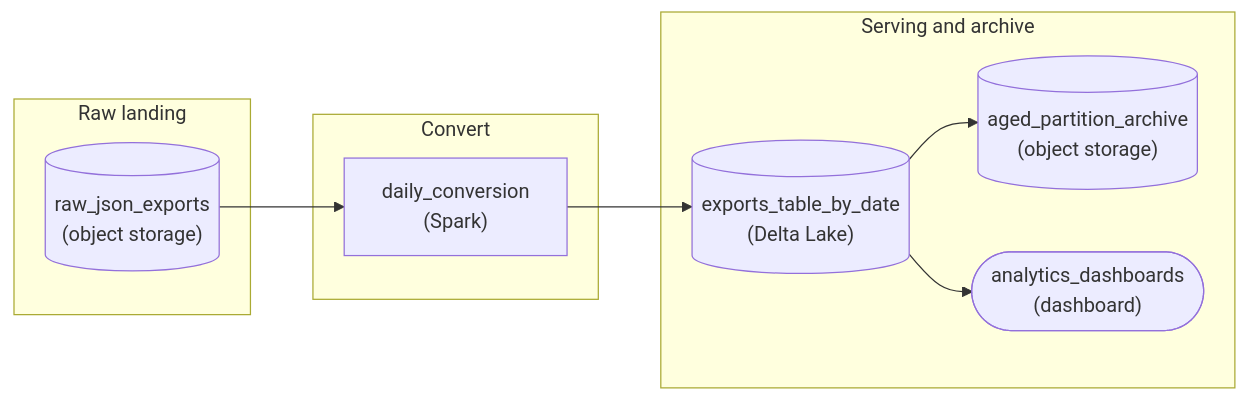
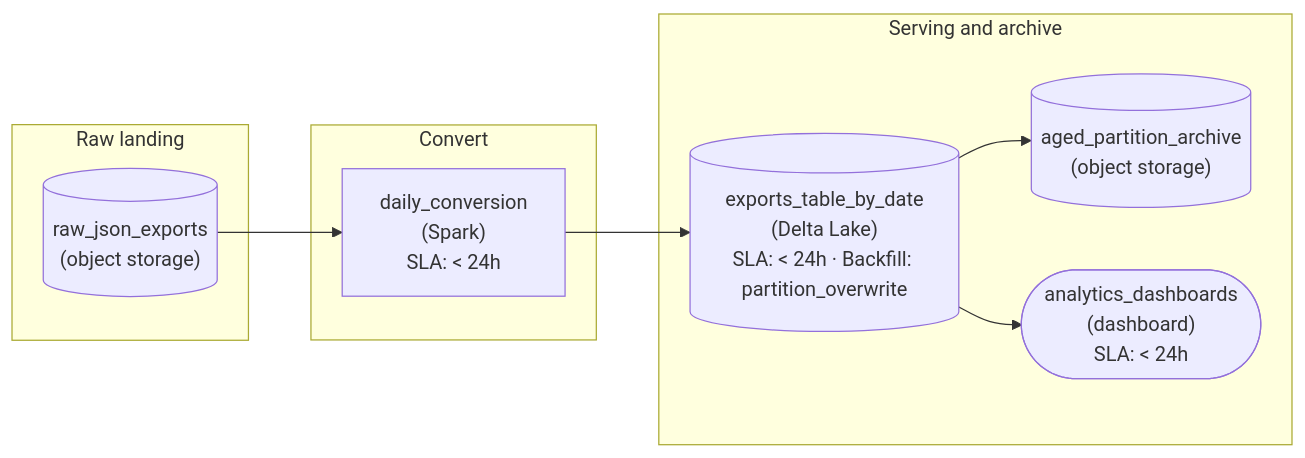
One commit to Dulain-Willis/study-helper changed the second of 2 diagrams in lesson_preview/interview/architecture/pa_pattern_storage_question_intermediate.md. Above: the diagram before and after it, drawn with Mermaid. The commit also changed other lines of this file and 26 other files, not shown here.

First line of the commit message:
Mermaid diagrams: show tags and extra values inside each node (#43)

````diff
--- a/lesson_preview/interview/architecture/pa_pattern_storage_question_intermediate.md
+++ b/lesson_preview/interview/architecture/pa_pattern_storage_question_intermediate.md
@@ -593,18 +593,18 @@
 ```mermaid
 flowchart LR
     subgraph L0["Raw landing"]
         n0[("raw_json_exports<br/>(object storage)")]
     end
     subgraph L1["Convert"]
-        n1["daily_conversion<br/>(Spark)"]
+        n1["daily_conversion<br/>(Spark)<br/>SLA: #60; 24h"]
     end
     subgraph L2["Serving and archive"]
-        n2[("exports_table_by_date<br/>(Delta Lake)")]
+        n2[("exports_table_by_date<br/>(Delta Lake)<br/>SLA: #60; 24h · Backfill: partition_overwrite")]
         n3[("aged_partition_archive<br/>(object storage)")]
-        n4(["analytics_dashboards<br/>(dashboard)"])
+        n4(["analytics_dashboards<br/>(dashboard)<br/>SLA: #60; 24h"])
     end
     n0 --> n1
     n1 --> n2
     n2 --> n3
     n2 --> n4
 ```
````
